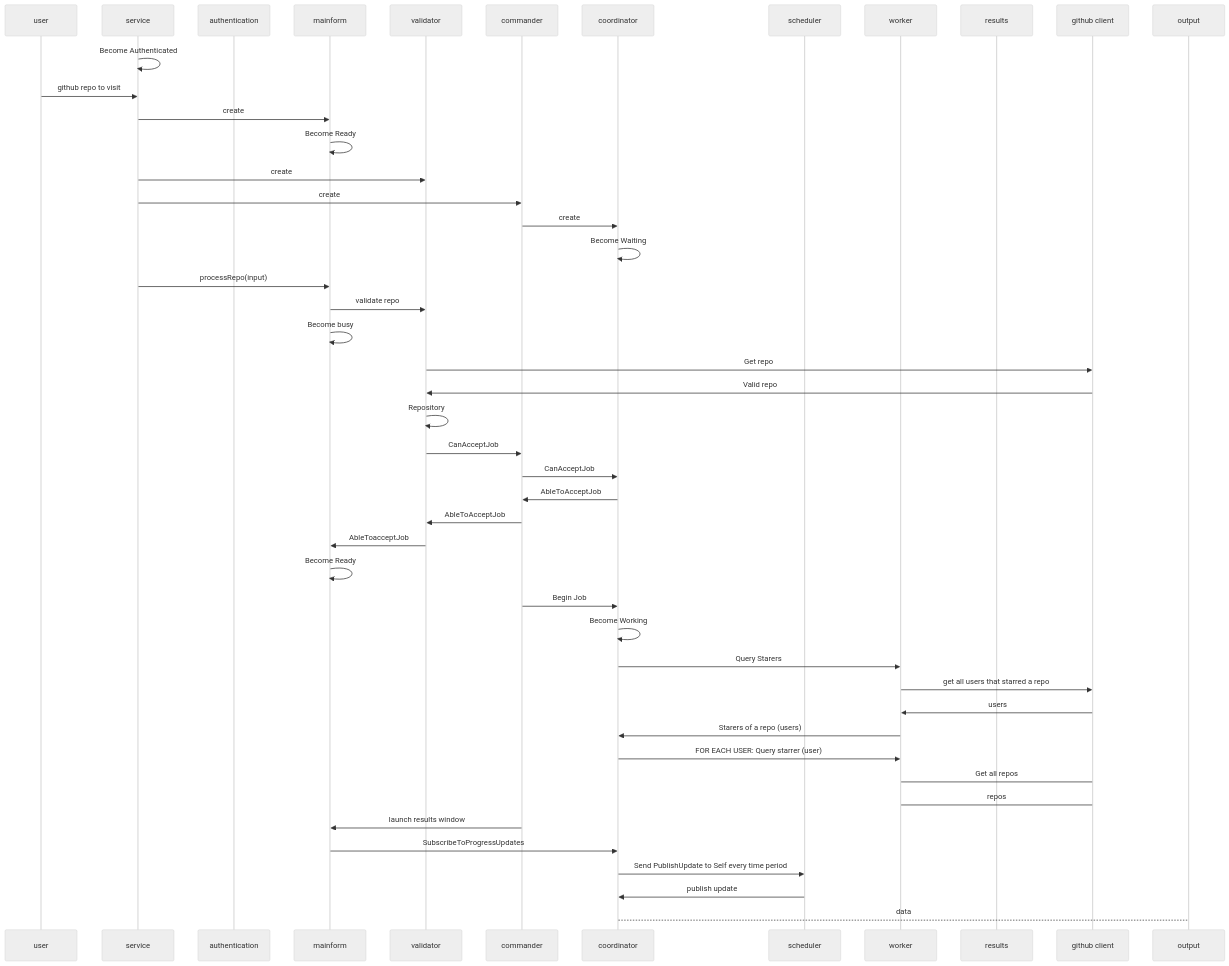
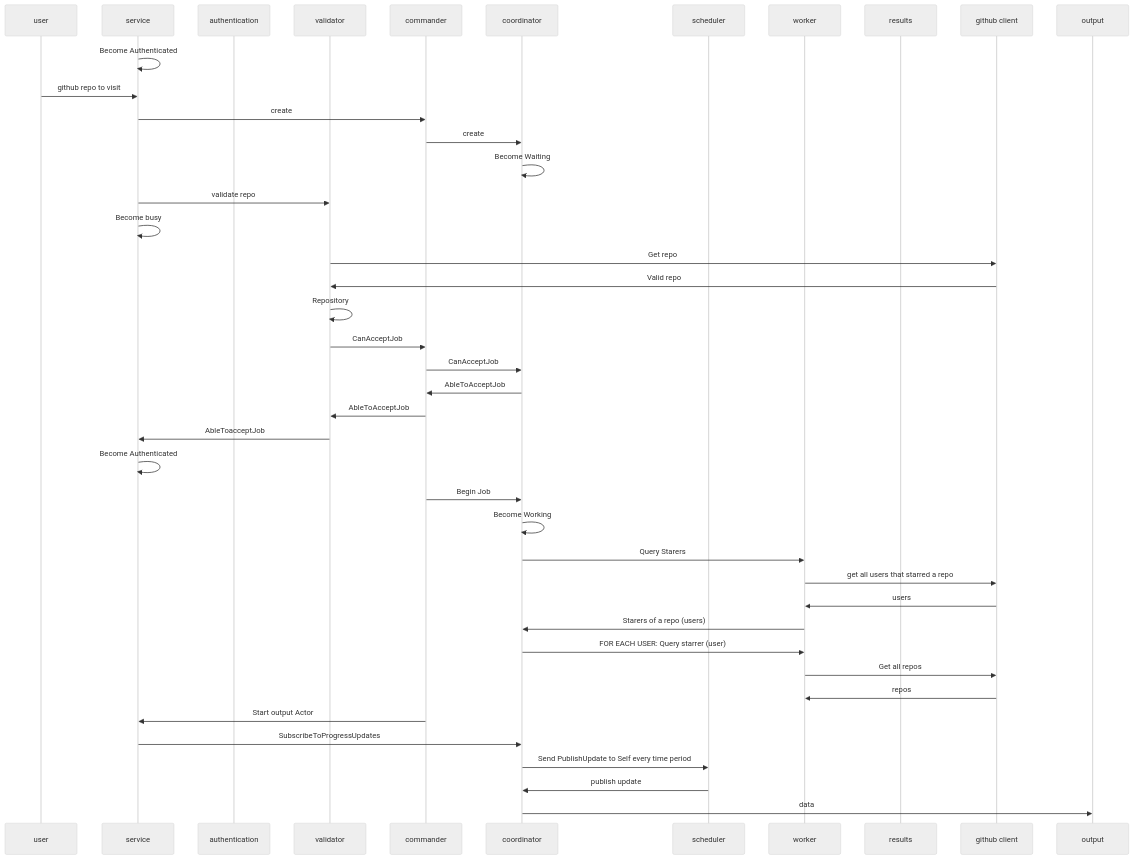
Before and after one commit to MrTortoise/ddd-eventsourcing-akka: the third of 3 diagrams in akka-bootcamp/GithubScraper/ReadMe.md, drawn with Mermaid (neutral theme). The commit also changed other lines of this file and 2 other files, not shown here.

Commit message:
lesson 2 - one line change to have 3 coordinators x10 workers

````diff
--- a/akka-bootcamp/GithubScraper/ReadMe.md
+++ b/akka-bootcamp/GithubScraper/ReadMe.md
@@ -74,55 +70,48 @@
 ``` mermaid
 sequenceDiagram
   participant user
   participant service
   participant authentication
-  participant mainform
   participant validator
   participant commander
   participant coordinator
   participant scheduler
   participant worker
   participant results
   participant github client
   participant output
 
   service ->> service: Become Authenticated
   user ->> service: github repo to visit
-  service ->> mainform: create
-  mainform ->> mainform: Become Ready
-  service ->> validator: create
   service ->> commander: create
   commander->> coordinator: create
   coordinator ->> coordinator: Become Waiting
-  service ->> mainform: processRepo(input)
-  mainform ->> validator: validate repo
-  mainform->>mainform:Become busy
+  service ->> validator: validate repo
+  service->>service:Become busy
   validator ->> github client: Get repo
   github client ->> validator: Valid repo
   validator->>validator: Repository
   validator ->> commander: CanAcceptJob
   commander ->> coordinator: CanAcceptJob
   coordinator->>commander: AbleToAcceptJob
   commander->>validator: AbleToAcceptJob
-  validator->>mainform: AbleToacceptJob
-  mainform->>mainform: Become Ready
+  validator->>service: AbleToacceptJob
+  service->>service: Become Authenticated
   commander->>coordinator: Begin Job
   coordinator->>coordinator: Become Working
   coordinator->>worker: Query Starers
   worker ->> github client: get all users that starred a repo
   github client ->> worker: users
   worker->>coordinator: Starers of a repo (users)
   coordinator->>worker: FOR EACH USER: Query starrer (user)
-  worker->github client: Get all repos
-  github client->worker: repos
+  worker->>github client: Get all repos
+  github client->>worker: repos
 
-
-
-  commander->>mainform: launch results window
-  mainform->> coordinator: SubscribeToProgressUpdates
+  commander->>service: Start output Actor
+  service->> coordinator: SubscribeToProgressUpdates
   coordinator->>scheduler: Send PublishUpdate to Self every time period
   scheduler->>coordinator: publish update
-  coordinator-->output: data
+  coordinator->>output: data
 
 
 ```
````
